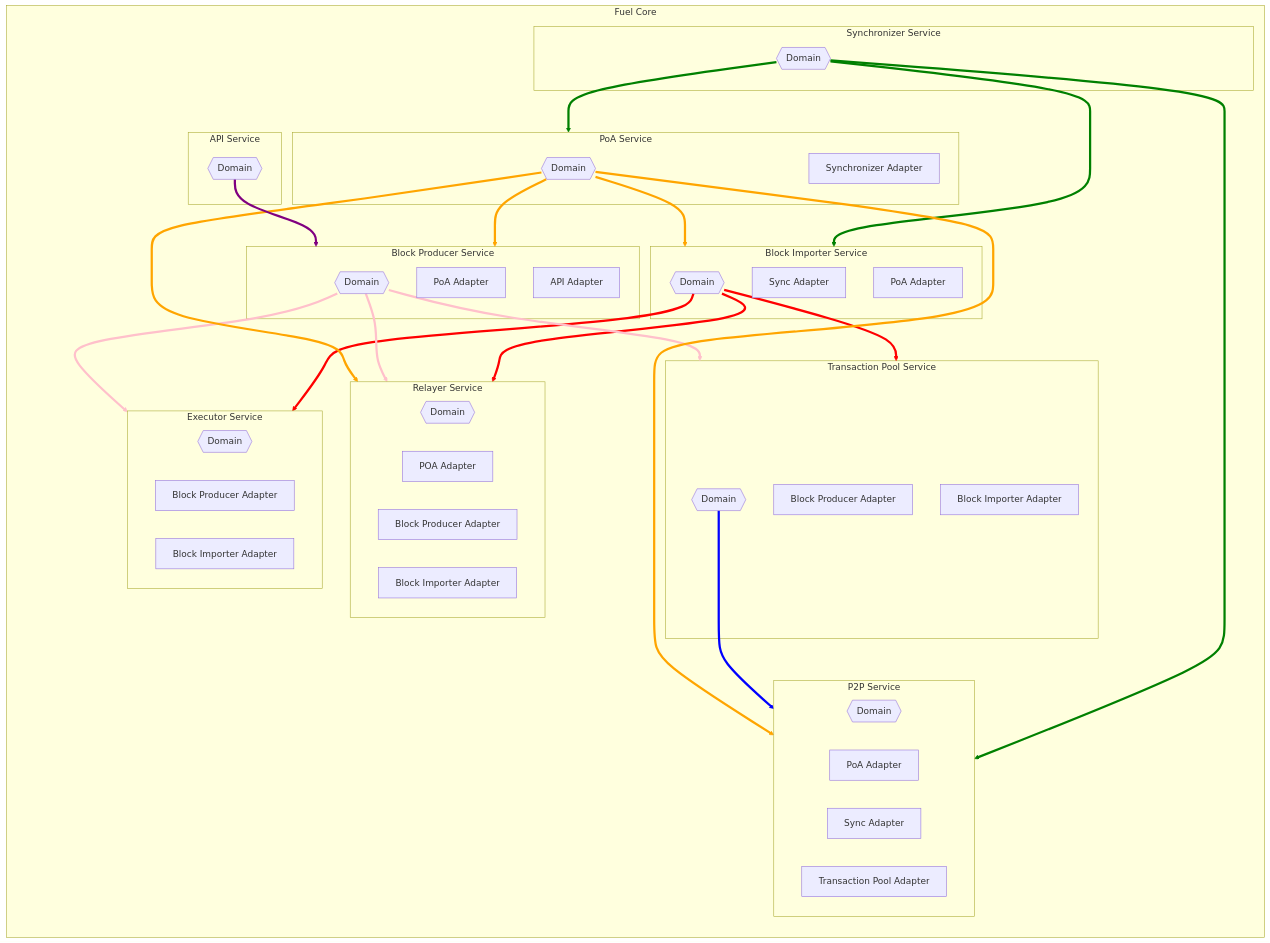
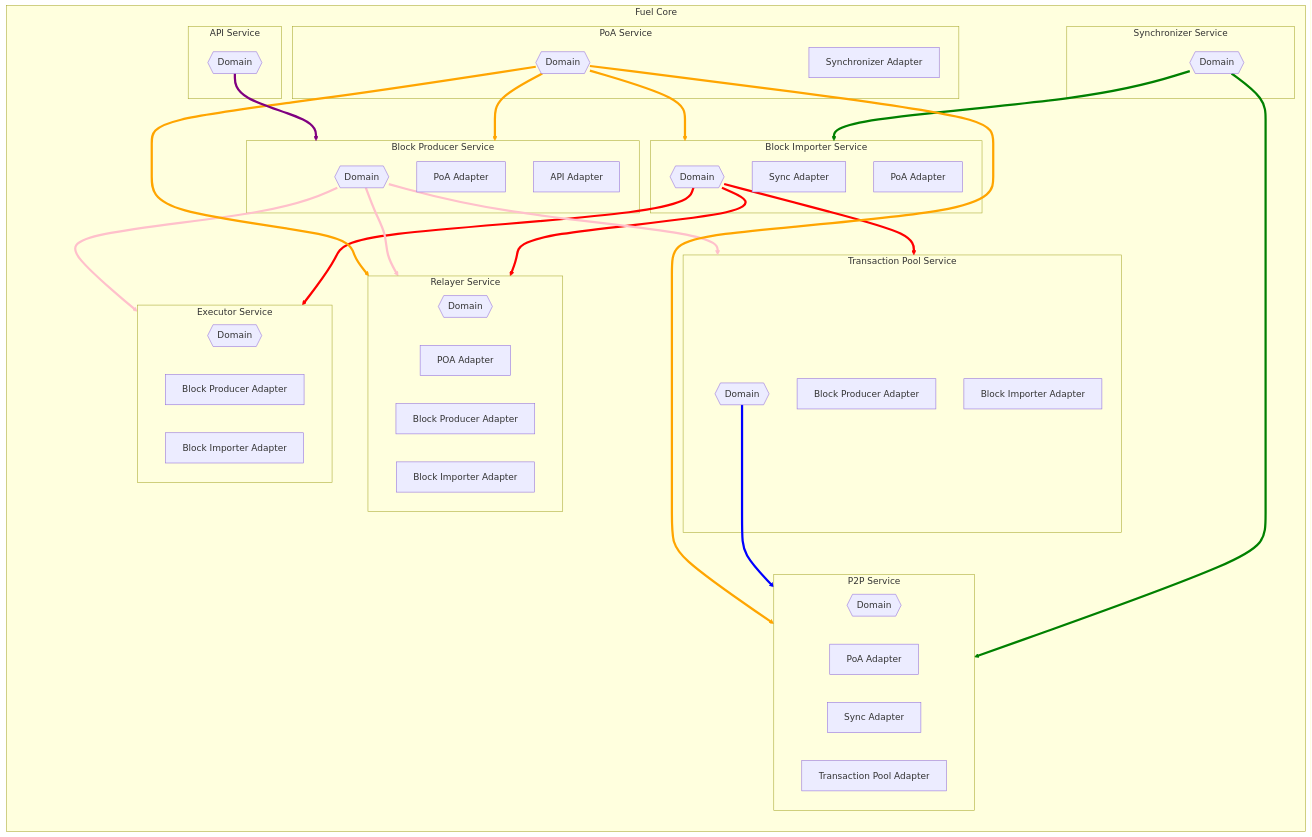
Before and after one commit to FuelLabs/fuel-core: the diagram in docs/architecture.md, drawn with Mermaid. The commit also changed other lines of this file and 5 other files, not shown here.

````diff
--- a/docs/architecture.md
+++ b/docs/architecture.md
@@ -50,66 +50,66 @@
 ```mermaid
 flowchart TB
     subgraph Fuel Core
         direction TB
         subgraph POAS[PoA Service]
             POAD{{Domain}}
             SYNCPOA[Synchronizer Adapter]
         end
         subgraph BPS[Block Producer Service]
             BPD{{Domain}}
             POABP[PoA Adapter]
             APIBP[API Adapter]
         end
         subgraph BIS[Block Importer Service]
             BID{{Domain}}
             SYNCBI["Sync Adapter"]
             POABI["PoA Adapter"]
         end
         subgraph SS[Synchronizer Service]
             SSD{{Domain}}
         end
         subgraph P2PS[P2P Service]
             P2PD{{Domain}}
             POAP2P[PoA Adapter]
             SYNCP2P[Sync Adapter]
             TXP2P[Transaction Pool Adapter]
         end
         subgraph TXS[Transaction Pool Service]
             TXD{{Domain}}
             BPTXS[Block Producer Adapter]
             BITXS[Block Importer Adapter]
         end
         subgraph RS[Relayer Service]
             RSD{{Domain}}
             POAR[POA Adapter]
             BPR[Block Producer Adapter]
             BIR[Block Importer Adapter]
         end
         subgraph ES[Executor Service]
             ESD{{Domain}}
             BPEXE[Block Producer Adapter]
             BIEXE[Block Importer Adapter]
         end
         subgraph APIS[API Service]
             APID{{Domain}}
         end
         BID & BPD --> ES & RS & TXS
-        SSD --> POAS & P2PS & BIS
+        SSD --> P2PS & BIS
         TXD --> P2PS
         POAD --> P2PS & RS & BPS & BIS
         APID --> BPS
         
         %% Red color - Block Importer
         linkStyle 0,1,2 fill:none,stroke-width:4px,stroke:red
         %% Pink color - Block Producer
         linkStyle 3,4,5 fill:none,stroke-width:4px,stroke:pink
         %% Green color - Synchronizer
-        linkStyle 6,7,8 fill:none,stroke-width:4px,stroke:green
+        linkStyle 6,7 fill:none,stroke-width:4px,stroke:green
         %% Blue color - Transaction pool
-        linkStyle 9 fill:none,stroke-width:4px,stroke:blue
+        linkStyle 8 fill:none,stroke-width:4px,stroke:blue
         %% Orange color - PoA
-        linkStyle 10,11,12,13 fill:none,stroke-width:4px,stroke:orange
+        linkStyle 10,11,12,9 fill:none,stroke-width:4px,stroke:orange
         %% Purple color - API
-        linkStyle 14 fill:none,stroke-width:4px,stroke:purple
+        linkStyle 13 fill:none,stroke-width:4px,stroke:purple
     end
 ```
````
